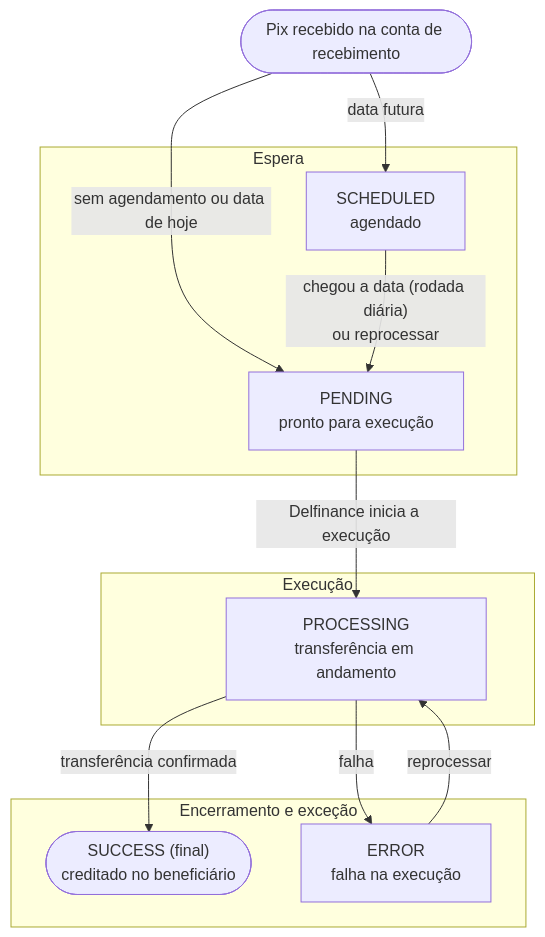
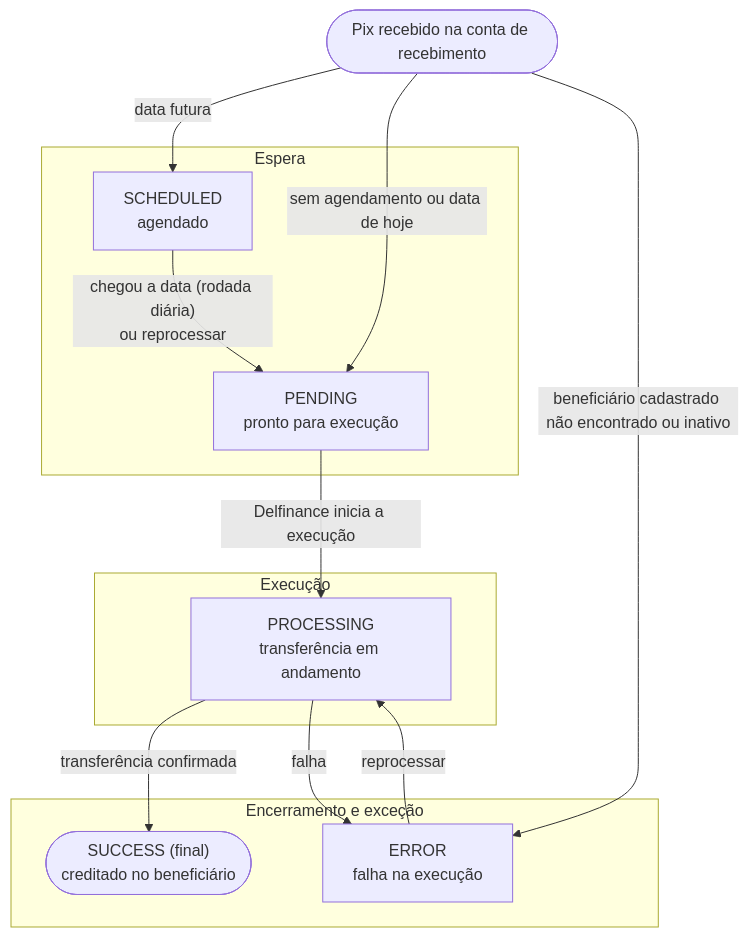
One commit to tech-andrade/docs changed the first of 2 diagrams in guias/split-pagamentos/status-do-repasse.mdx. Above: the diagram before and after it, drawn with Mermaid. The commit also changed other lines of this file and 13 other files, not shown here.

````diff
--- a/guias/split-pagamentos/status-do-repasse.mdx
+++ b/guias/split-pagamentos/status-do-repasse.mdx
@@ -39,26 +39,27 @@
 ```mermaid
 flowchart TB
     start(["Pix recebido na conta de recebimento"])
 
     subgraph espera["Espera"]
         SCHEDULED["SCHEDULED<br/>agendado"]
         PENDING["PENDING<br/>pronto para execução"]
     end
 
     subgraph execucao["Execução"]
         PROCESSING["PROCESSING<br/>transferência em andamento"]
     end
 
     subgraph fim["Encerramento e exceção"]
         SUCCESS(["SUCCESS (final)<br/>creditado no beneficiário"])
         ERROR["ERROR<br/>falha na execução"]
     end
 
     start -->|"data futura"| SCHEDULED
     start -->|"sem agendamento ou data de hoje"| PENDING
+    start -->|"beneficiário cadastrado não encontrado ou inativo"| ERROR
     SCHEDULED -->|"chegou a data (rodada diária)<br/>ou reprocessar"| PENDING
     PENDING -->|"Delfinance inicia a execução"| PROCESSING
     PROCESSING -->|"transferência confirmada"| SUCCESS
     PROCESSING -->|"falha"| ERROR
     ERROR -->|"reprocessar"| PROCESSING
 ```
````
